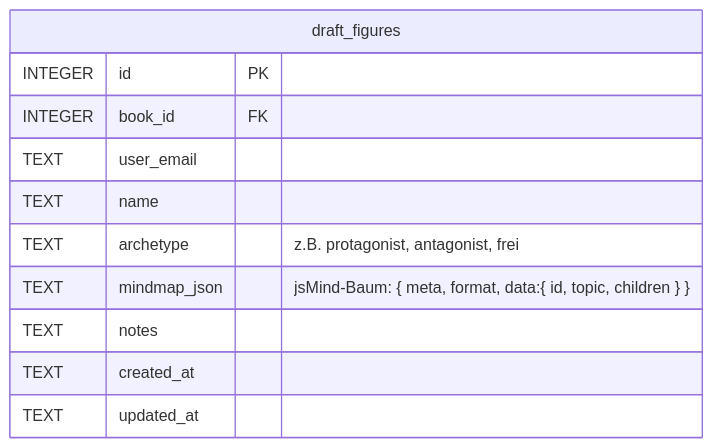
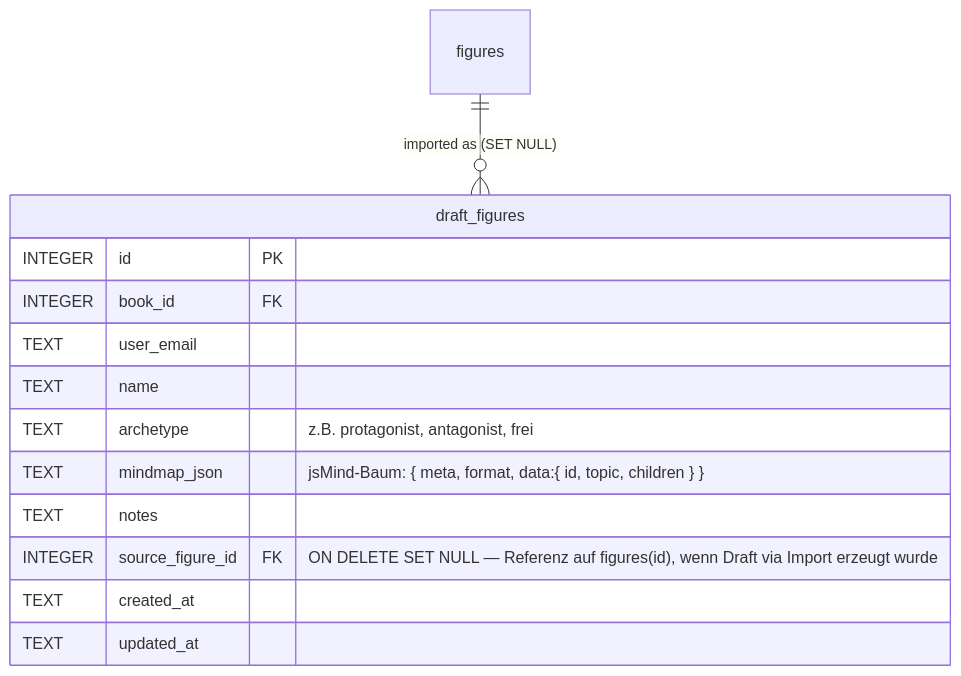
One commit to bedeberger/schreibwerkstatt changed the fourth of 6 diagrams in docs/erd.md. Above: the diagram before and after it, drawn with Mermaid. The commit also changed other lines of this file and 20 other files, not shown here.

````diff
--- a/docs/erd.md
+++ b/docs/erd.md
@@ -330,14 +331,16 @@
 ```mermaid
 erDiagram
   draft_figures {
-    INTEGER id           PK
-    INTEGER book_id      FK
+    INTEGER id               PK
+    INTEGER book_id          FK
     TEXT    user_email
     TEXT    name
-    TEXT    archetype    "z.B. protagonist, antagonist, frei"
-    TEXT    mindmap_json "jsMind-Baum: { meta, format, data:{ id, topic, children } }"
+    TEXT    archetype        "z.B. protagonist, antagonist, frei"
+    TEXT    mindmap_json     "jsMind-Baum: { meta, format, data:{ id, topic, children } }"
     TEXT    notes
+    INTEGER source_figure_id FK "ON DELETE SET NULL — Referenz auf figures(id), wenn Draft via Import erzeugt wurde"
     TEXT    created_at
     TEXT    updated_at
   }
+  figures ||--o{ draft_figures : "imported as (SET NULL)"
 ```
````
